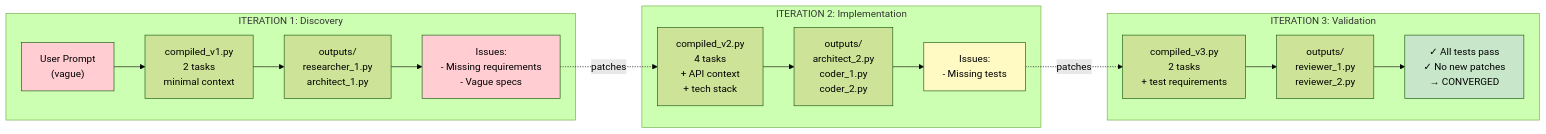
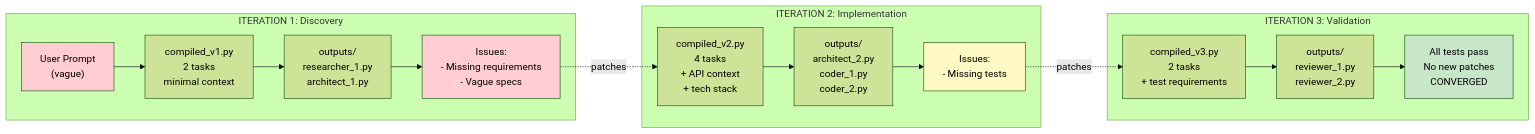
Before and after one commit to steelheadforever/Loom: the sixth of 9 diagrams in DIAGRAMS.md, drawn with Mermaid (forest theme). The commit also changed other lines of this file and 9 other files, not shown here.

````diff
--- a/DIAGRAMS.md
+++ b/DIAGRAMS.md
@@ -265,39 +241,39 @@
 ```mermaid
 graph LR
     subgraph Iteration1["ITERATION 1: Discovery"]
         I1_Input["User Prompt<br/>(vague)"]
         I1_Compiled["compiled_v1.py<br/>2 tasks<br/>minimal context"]
         I1_Outputs["outputs/<br/>researcher_1.py<br/>architect_1.py"]
         I1_Issues["Issues:<br/>- Missing requirements<br/>- Vague specs"]
 
         I1_Input --> I1_Compiled
         I1_Compiled --> I1_Outputs
         I1_Outputs --> I1_Issues
     end
 
     subgraph Iteration2["ITERATION 2: Implementation"]
         I2_Compiled["compiled_v2.py<br/>4 tasks<br/>+ API context<br/>+ tech stack"]
         I2_Outputs["outputs/<br/>architect_2.py<br/>coder_1.py<br/>coder_2.py"]
         I2_Issues["Issues:<br/>- Missing tests"]
 
         I2_Compiled --> I2_Outputs
         I2_Outputs --> I2_Issues
     end
 
     subgraph Iteration3["ITERATION 3: Validation"]
         I3_Compiled["compiled_v3.py<br/>2 tasks<br/>+ test requirements"]
         I3_Outputs["outputs/<br/>reviewer_1.py<br/>reviewer_2.py"]
-        I3_Done["✓ All tests pass<br/>✓ No new patches<br/>→ CONVERGED"]
+        I3_Done["All tests pass<br/>No new patches<br/>CONVERGED"]
 
         I3_Compiled --> I3_Outputs
         I3_Outputs --> I3_Done
     end
 
     I1_Issues -.patches.-> I2_Compiled
     I2_Issues -.patches.-> I3_Compiled
 
     style I1_Input fill:#ffcdd2
     style I1_Issues fill:#ffcdd2
     style I2_Issues fill:#fff9c4
     style I3_Done fill:#c8e6c9
 ```
````
